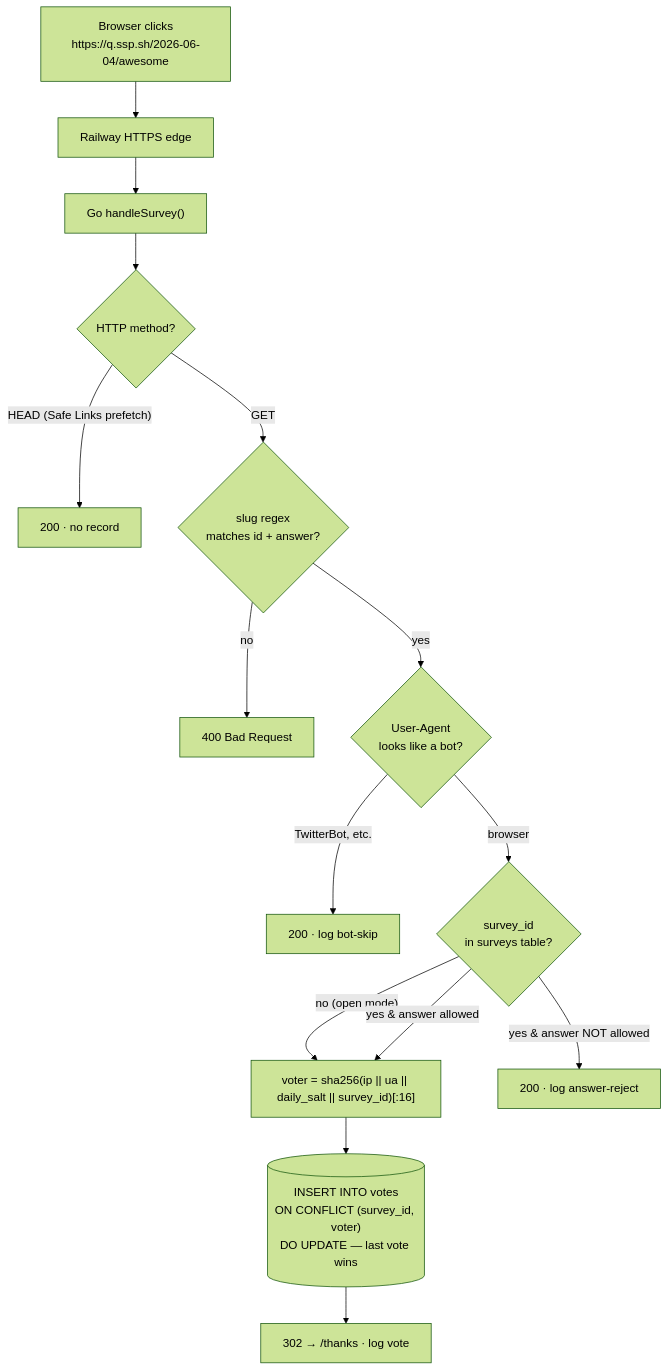
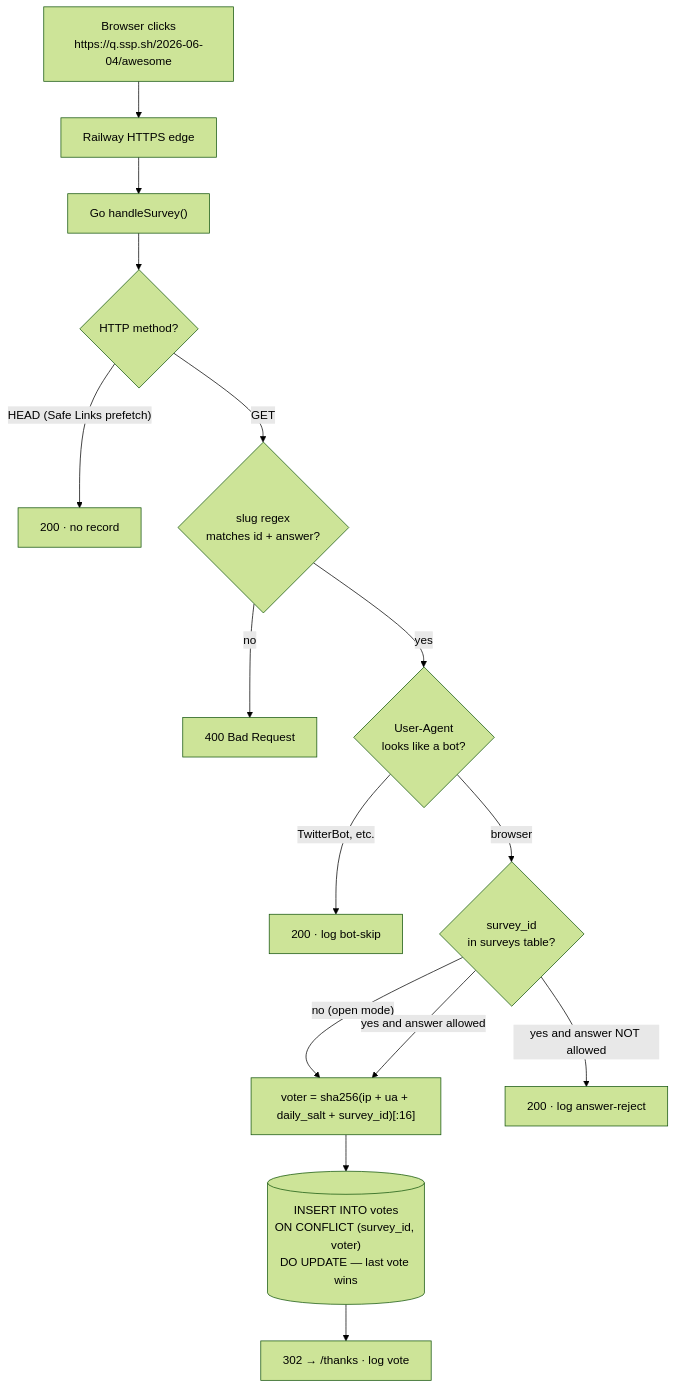
The second of 2 diagrams in README.md (sspaeti/pollmd), drawn with Mermaid (forest theme) before and after one commit. The commit also changed other lines of this file, not shown here.

````diff
--- a/README.md
+++ b/README.md
@@ -204,18 +202,23 @@
 ```mermaid
 flowchart TD
     Click["Browser clicks<br/>https://q.ssp.sh/2026-06-04/awesome"]
     Click --> Edge["Railway HTTPS edge"]
     Edge --> H["Go handleSurvey()"]
     H --> Method{"HTTP method?"}
+    
     Method -->|"HEAD (Safe Links prefetch)"| OK1["200 · no record"]
-    Method -->|GET| Slug{"slug regex<br/>matches id + answer?"}
-    Slug -->|no| Err["400 Bad Request"]
-    Slug -->|yes| Bot{"User-Agent<br/>looks like a bot?"}
+    Method -->|"GET"| Slug{"slug regex<br/>matches id + answer?"}
+    
+    Slug -->|"no"| Err["400 Bad Request"]
+    Slug -->|"yes"| Bot{"User-Agent<br/>looks like a bot?"}
+    
     Bot -->|"TwitterBot, etc."| OK2["200 · log bot-skip"]
-    Bot -->|browser| Reg{"survey_id<br/>in surveys table?"}
-    Reg -->|"no (open mode)"| Hash["voter = sha256(ip || ua || daily_salt || survey_id)[:16]"]
-    Reg -->|yes &amp; answer allowed| Hash
-    Reg -->|yes &amp; answer NOT allowed| OK3["200 · log answer-reject"]
+    Bot -->|"browser"| Reg{"survey_id<br/>in surveys table?"}
+    
+    Reg -->|"no (open mode)"| Hash["voter = sha256(ip + ua + daily_salt + survey_id)[:16]"]
+    Reg -->|"yes and answer allowed"| Hash
+    Reg -->|"yes and answer NOT allowed"| OK3["200 · log answer-reject"]
+    
     Hash --> Up[("INSERT INTO votes<br/>ON CONFLICT (survey_id, voter)<br/>DO UPDATE — last vote wins")]
     Up --> Redir["302 → /thanks · log vote"]
 ```
````
